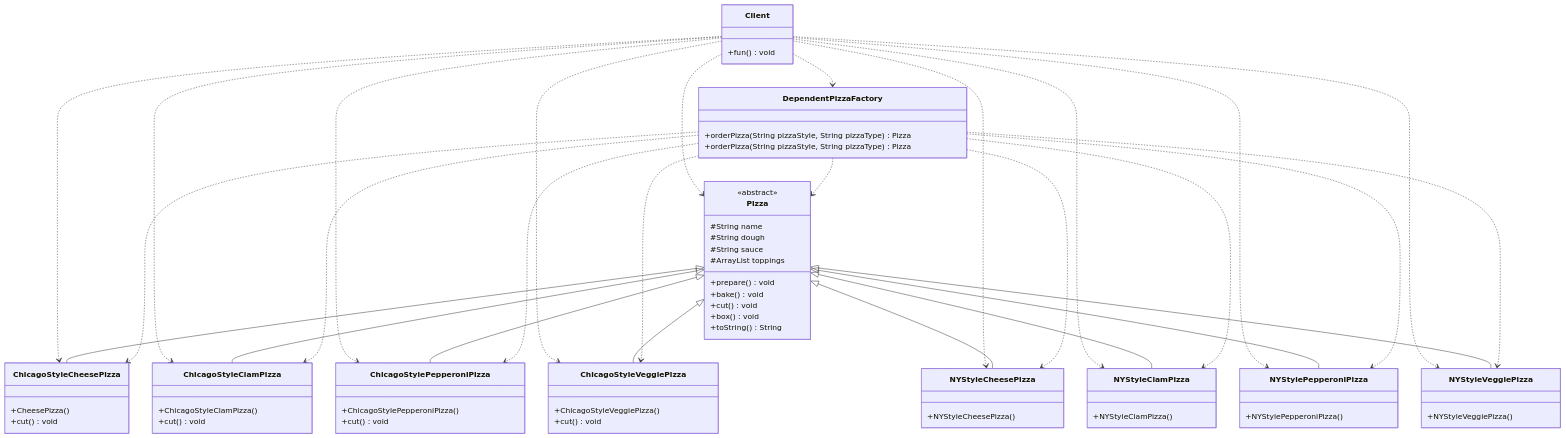
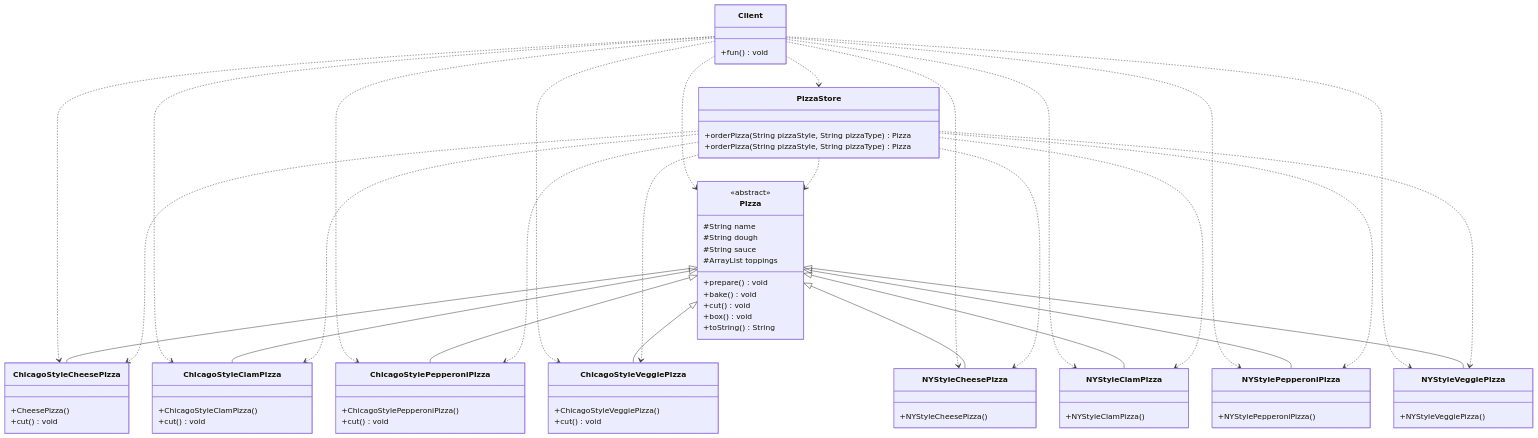
Before and after one commit to lingwh1995/books: diagram 19 of 20 in general/designpattern/designpattern-java/designpattern-java.md, drawn with Mermaid. The commit also changed other lines of this file, not shown here.

````diff
--- a/general/designpattern/designpattern-java/designpattern-java.md
+++ b/general/designpattern/designpattern-java/designpattern-java.md
@@ -1042,77 +1099,77 @@
 ```mermaid
 classDiagram
     Client ..> Pizza
     Client ..> ChicagoStyleCheesePizza
     Client ..> ChicagoStyleClamPizza
     Client ..> ChicagoStylePepperoniPizza
     Client ..> ChicagoStyleVeggiePizza
     Client ..> NYStyleCheesePizza
     Client ..> NYStyleClamPizza
     Client ..> NYStylePepperoniPizza
     Client ..> NYStyleVeggiePizza
-    Client ..> DependentPizzaFactory
+    Client ..> PizzaStore
     Pizza <|-- ChicagoStyleCheesePizza
     Pizza <|-- ChicagoStyleClamPizza
     Pizza <|-- ChicagoStylePepperoniPizza
     Pizza <|-- ChicagoStyleVeggiePizza
     Pizza <|-- NYStyleCheesePizza
     Pizza <|-- NYStyleClamPizza
     Pizza <|-- NYStylePepperoniPizza
     Pizza <|-- NYStyleVeggiePizza
-    DependentPizzaFactory ..> Pizza
-    DependentPizzaFactory ..> ChicagoStyleCheesePizza
-    DependentPizzaFactory ..> ChicagoStyleClamPizza
-    DependentPizzaFactory ..> ChicagoStylePepperoniPizza
-    DependentPizzaFactory ..> ChicagoStyleVeggiePizza
-    DependentPizzaFactory ..> NYStyleCheesePizza
-    DependentPizzaFactory ..> NYStyleClamPizza
-    DependentPizzaFactory ..> NYStylePepperoniPizza
-    DependentPizzaFactory ..> NYStyleVeggiePizza
+    PizzaStore ..> Pizza
+    PizzaStore ..> ChicagoStyleCheesePizza
+    PizzaStore ..> ChicagoStyleClamPizza
+    PizzaStore ..> ChicagoStylePepperoniPizza
+    PizzaStore ..> ChicagoStyleVeggiePizza
+    PizzaStore ..> NYStyleCheesePizza
+    PizzaStore ..> NYStyleClamPizza
+    PizzaStore ..> NYStylePepperoniPizza
+    PizzaStore ..> NYStyleVeggiePizza
     class Pizza {
         #String name
 	    #String dough
 	    #String sauce
 	    #ArrayList<String> toppings
 	    +prepare() void
 	    +bake() void
 	    +cut() void
 	    +box() void
 	    +toString() String
     }
     class ChicagoStyleCheesePizza{
         +CheesePizza()
         +cut() void
     }
     class ChicagoStyleClamPizza{
         +ChicagoStyleClamPizza()
         +cut() void
     }
     class ChicagoStylePepperoniPizza {
         +ChicagoStylePepperoniPizza()
         +cut() void
     }
     class ChicagoStyleVeggiePizza {
         +ChicagoStyleVeggiePizza()
         +cut() void
     }
     class NYStyleCheesePizza {
         +NYStyleCheesePizza()
     }
     class NYStyleClamPizza {
         +NYStyleClamPizza()
     }
     class NYStylePepperoniPizza {
         +NYStylePepperoniPizza()
     }
     class NYStyleVeggiePizza {
         +NYStyleVeggiePizza()
     }
-    class DependentPizzaFactory {
+    class PizzaStore {
         +orderPizza(String pizzaStyle, String pizzaType) Pizza
         +orderPizza(String pizzaStyle, String pizzaType) Pizza
     }
     class Client {
         +fun() void
     }
     <<abstract>> Pizza
 ```
````
